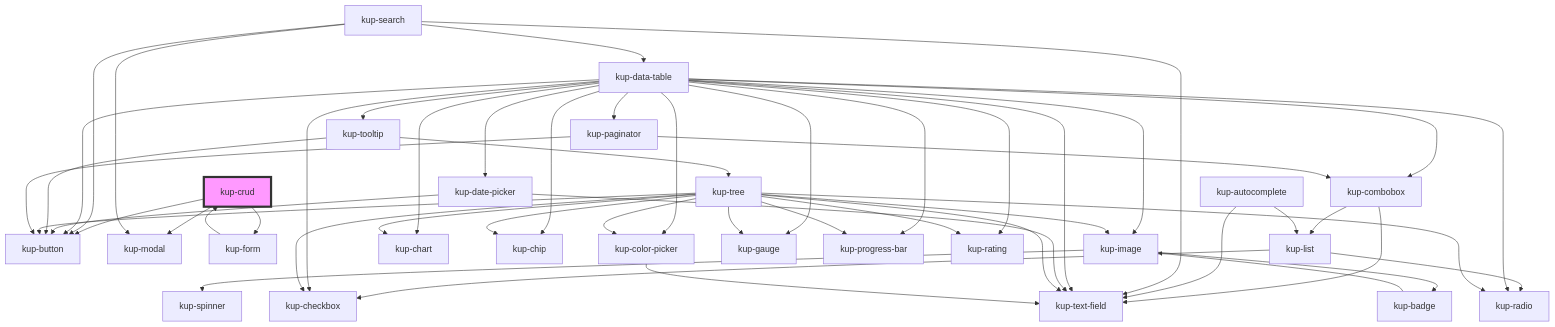
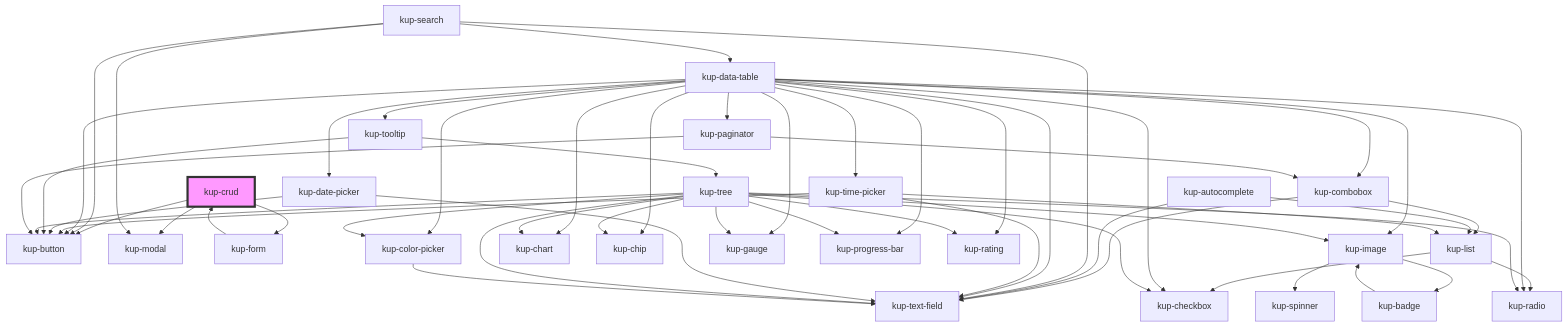
One commit to smeup/ketchup changed the diagram in packages/ketchup/src/components/kup-crud/readme.md. Above: the diagram before and after it, drawn with Mermaid. The commit also changed 12 other files, not shown here.

````diff
--- a/packages/ketchup/src/components/kup-crud/readme.md
+++ b/packages/ketchup/src/components/kup-crud/readme.md
@@ -72,54 +72,58 @@
 ```mermaid
 graph TD;
   kup-crud --> kup-button
   kup-crud --> kup-modal
   kup-crud --> kup-form
   kup-form --> kup-crud
   kup-combobox --> kup-text-field
   kup-combobox --> kup-list
   kup-list --> kup-radio
   kup-list --> kup-checkbox
   kup-autocomplete --> kup-text-field
   kup-autocomplete --> kup-list
   kup-search --> kup-text-field
   kup-search --> kup-button
   kup-search --> kup-modal
   kup-search --> kup-data-table
   kup-data-table --> kup-text-field
+  kup-data-table --> kup-time-picker
   kup-data-table --> kup-date-picker
   kup-data-table --> kup-checkbox
   kup-data-table --> kup-button
   kup-data-table --> kup-tooltip
   kup-data-table --> kup-image
   kup-data-table --> kup-chart
   kup-data-table --> kup-chip
   kup-data-table --> kup-color-picker
   kup-data-table --> kup-gauge
   kup-data-table --> kup-progress-bar
   kup-data-table --> kup-rating
   kup-data-table --> kup-radio
   kup-data-table --> kup-paginator
   kup-data-table --> kup-combobox
+  kup-time-picker --> kup-text-field
+  kup-time-picker --> kup-button
+  kup-time-picker --> kup-list
   kup-date-picker --> kup-text-field
   kup-date-picker --> kup-button
   kup-tooltip --> kup-button
   kup-tooltip --> kup-tree
   kup-tree --> kup-image
   kup-tree --> kup-button
   kup-tree --> kup-chart
   kup-tree --> kup-checkbox
   kup-tree --> kup-chip
   kup-tree --> kup-color-picker
   kup-tree --> kup-gauge
   kup-tree --> kup-progress-bar
   kup-tree --> kup-rating
   kup-tree --> kup-radio
   kup-tree --> kup-text-field
   kup-image --> kup-spinner
   kup-image --> kup-badge
   kup-badge --> kup-image
   kup-color-picker --> kup-text-field
   kup-paginator --> kup-button
   kup-paginator --> kup-combobox
   style kup-crud fill:#f9f,stroke:#333,stroke-width:4px
 ```
````
